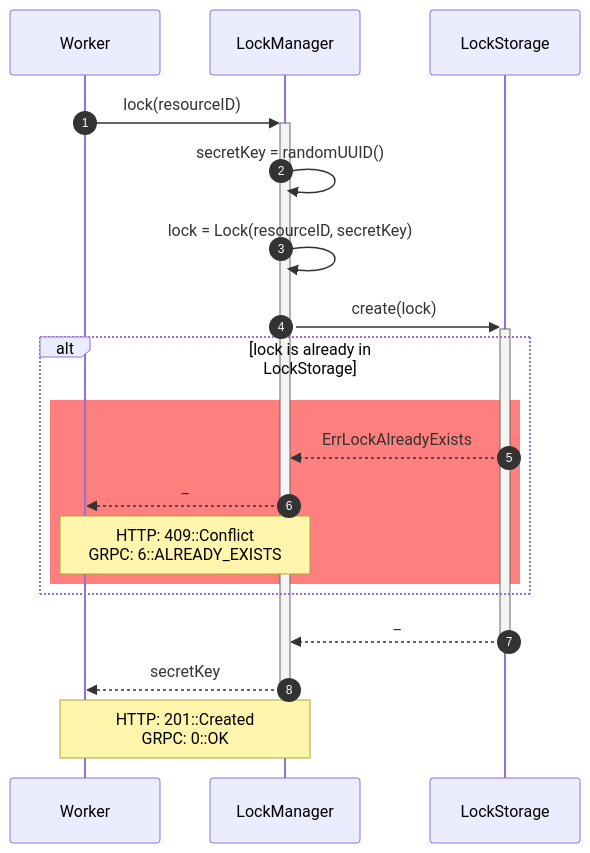
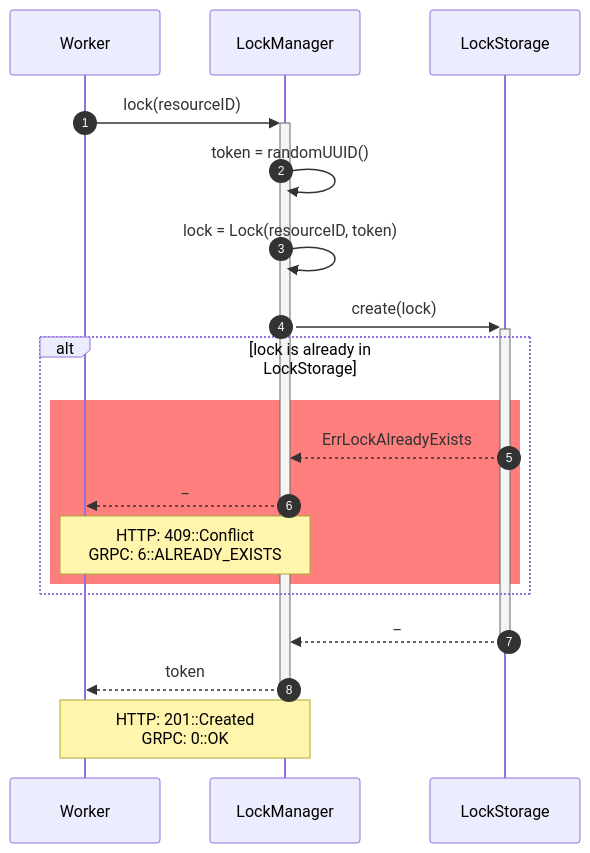
Before and after one commit to ruslanSorokin/lock-manager: the diagram in docs/lock-manager/src/sequence/lock.mmd, drawn with Mermaid. The commit also changed 3 other files, not shown here.

Commit message:
docs: rename secret key => token

```diff
--- a/docs/lock-manager/src/sequence/lock.mmd
+++ b/docs/lock-manager/src/sequence/lock.mmd
@@ -1,20 +1,20 @@
 sequenceDiagram
   autonumber
   participant w as Worker
   participant lm as LockManager
   participant ls as LockStorage
 
   w->>+lm: lock(resourceID)
-  lm->>lm: secretKey = randomUUID()
-  lm->>lm: lock = Lock(resourceID, secretKey)
+  lm->>lm: token = randomUUID()
+  lm->>lm: lock = Lock(resourceID, token)
   lm->>+ls: create(lock)
   alt lock is already in LockStorage
     rect rgba(255, 0, 0, 0.5)
       ls-->>lm: ErrLockAlreadyExists
       lm-->>w: _
       Note over w,lm: HTTP: 409::Conflict<br>GRPC: 6::ALREADY_EXISTS
     end
   end
   ls-->>-lm: _
-  lm-->>-w: secretKey
+  lm-->>-w: token
   Note over w,lm: HTTP: 201::Created<br>GRPC: 0::OK
```
